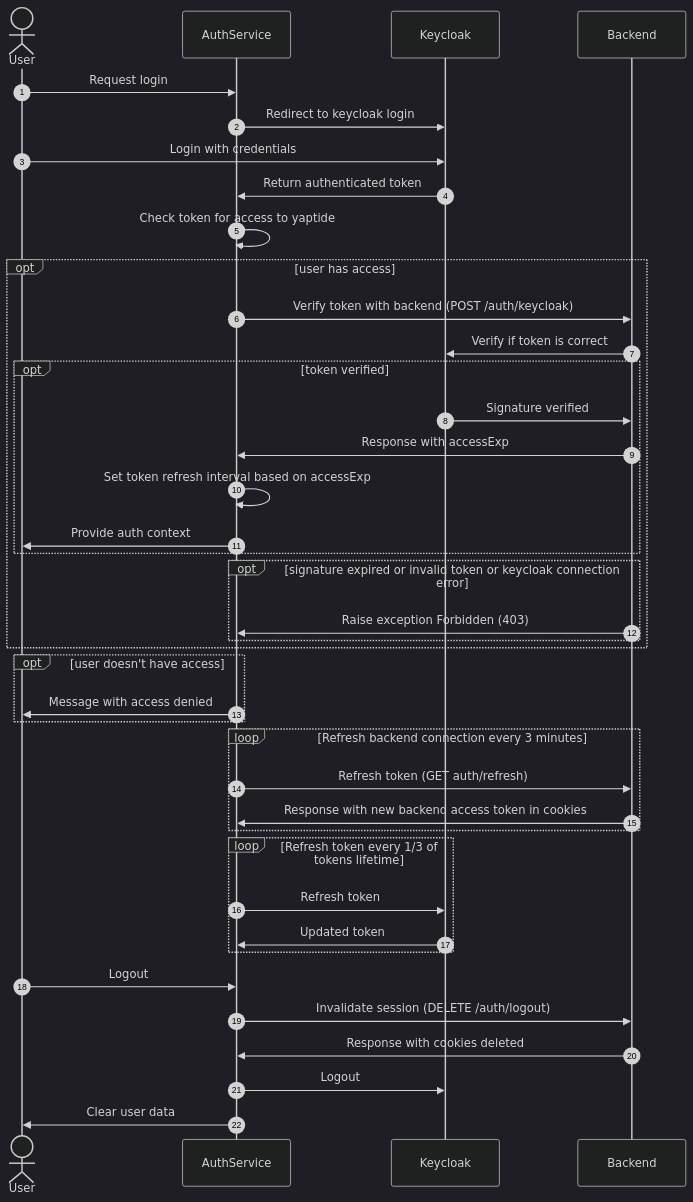
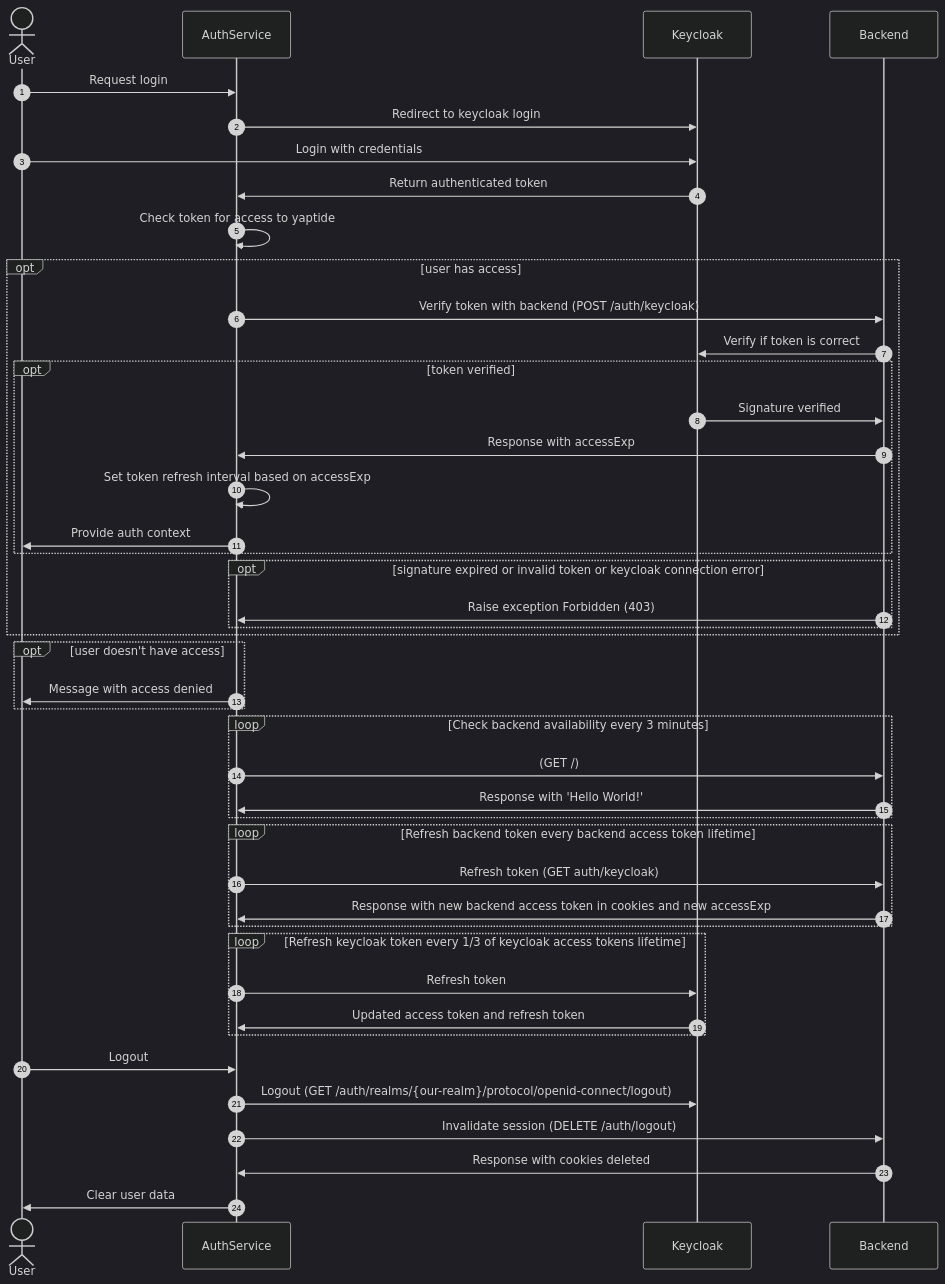
One commit to yaptide/ui changed the first of 2 diagrams in docs/authentication.md. Above: the diagram before and after it, drawn with Mermaid (dark theme). The commit also changed other lines of this file, not shown here.

First line of the commit message:
Auth docs update (#1807)

````diff
--- a/docs/authentication.md
+++ b/docs/authentication.md
@@ -7,43 +7,47 @@
 ```mermaid
 sequenceDiagram
     autonumber
     actor User
     participant AuthService
     participant Keycloak
     participant Backend
 
     User ->> AuthService: Request login
     AuthService ->> Keycloak: Redirect to keycloak login
     User ->> Keycloak: Login with credentials
     Keycloak ->> AuthService: Return authenticated token
     AuthService ->> AuthService: Check token for access to yaptide
     opt user has access
         AuthService ->> Backend: Verify token with backend (POST /auth/keycloak)
         Backend ->> Keycloak: Verify if token is correct
         opt token verified
             Keycloak ->> Backend: Signature verified
             Backend ->> AuthService: Response with accessExp
             AuthService ->> AuthService: Set token refresh interval based on accessExp
             AuthService ->> User: Provide auth context
         end
         opt signature expired or invalid token or keycloak connection error
             Backend ->> AuthService: Raise exception Forbidden (403)
         end
     end
     opt user doesn't have access
         AuthService ->> User: Message with access denied
     end
-    loop Refresh backend connection every 3 minutes
-        AuthService ->> Backend: Refresh token (GET auth/refresh)
-        Backend ->> AuthService: Response with new backend access token in cookies
+    loop Check backend availability every 3 minutes
+        AuthService ->> Backend: (GET /)
+        Backend ->> AuthService: Response with 'Hello World!'
     end
-    loop Refresh token every 1/3 of tokens lifetime
+    loop Refresh backend token every backend access token lifetime
+        AuthService ->> Backend: Refresh token (GET auth/keycloak)
+        Backend ->> AuthService: Response with new backend access token in cookies and new accessExp
+    end
+    loop Refresh keycloak token every 1/3 of keycloak access tokens lifetime
         AuthService ->> Keycloak: Refresh token
-        Keycloak ->> AuthService: Updated token
+        Keycloak ->> AuthService: Updated access token and refresh token
     end
     User ->> AuthService: Logout
+    AuthService ->> Keycloak: Logout (GET /auth/realms/{our-realm}/protocol/openid-connect/logout)
     AuthService ->> Backend: Invalidate session (DELETE /auth/logout)
     Backend ->> AuthService: Response with cookies deleted
-    AuthService ->> Keycloak: Logout
     AuthService ->> User: Clear user data
 ```
````
